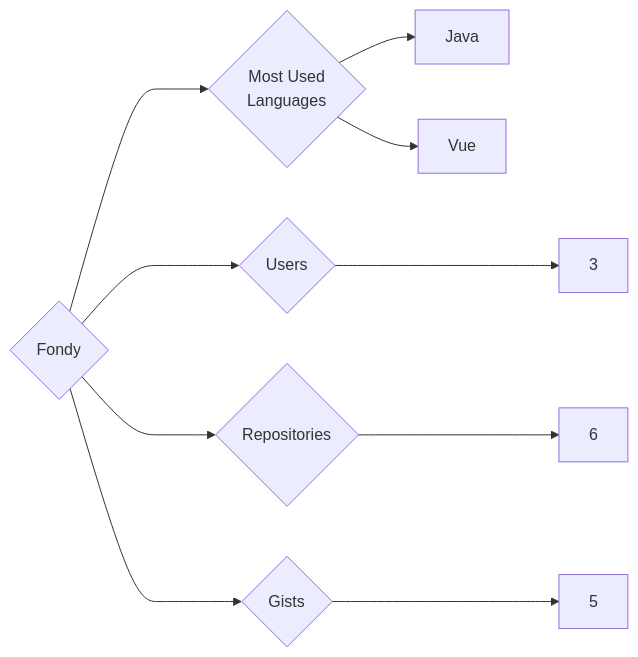
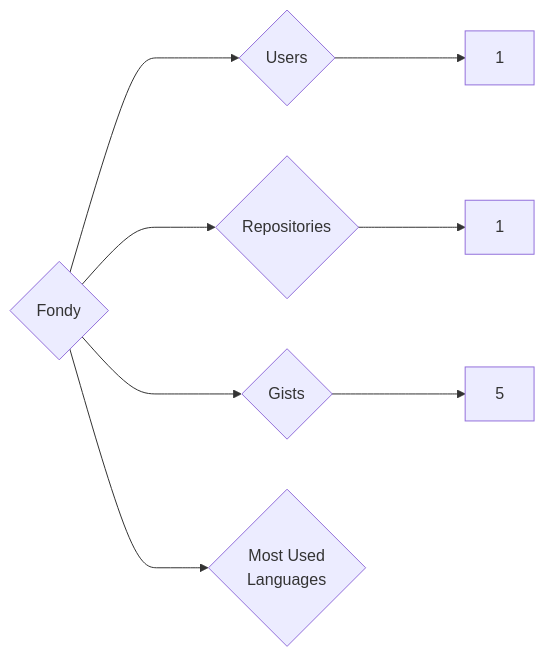
One commit to trickest/insiders changed the diagram in targets/Fondy/README.md. Above: the diagram before and after it, drawn with Mermaid. The commit also changed 891 other files, not shown here.

````diff
--- a/targets/Fondy/README.md
+++ b/targets/Fondy/README.md
@@ -3,10 +3,8 @@
 ```mermaid
 graph LR
 COMPANY_NAME{Fondy}
-COMPANY_NAME ---> U{Users} ---> UN[3]
-COMPANY_NAME ---> R{Repositories} ---> RN[6]
+COMPANY_NAME ---> U{Users} ---> UN[1]
+COMPANY_NAME ---> R{Repositories} ---> RN[1]
 COMPANY_NAME ---> G{Gists} ---> GN[5]
 COMPANY_NAME ---> ML{Most Used<br>Languages}
-ML --> Java[Java]
-ML --> Vue[Vue]
 ```
````
